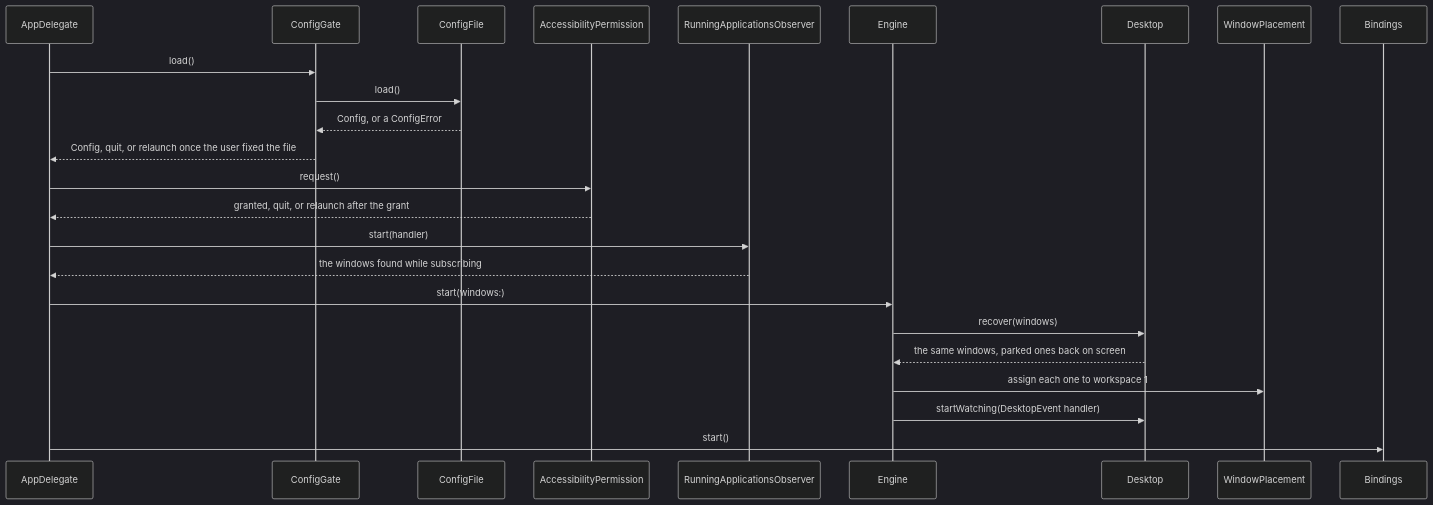
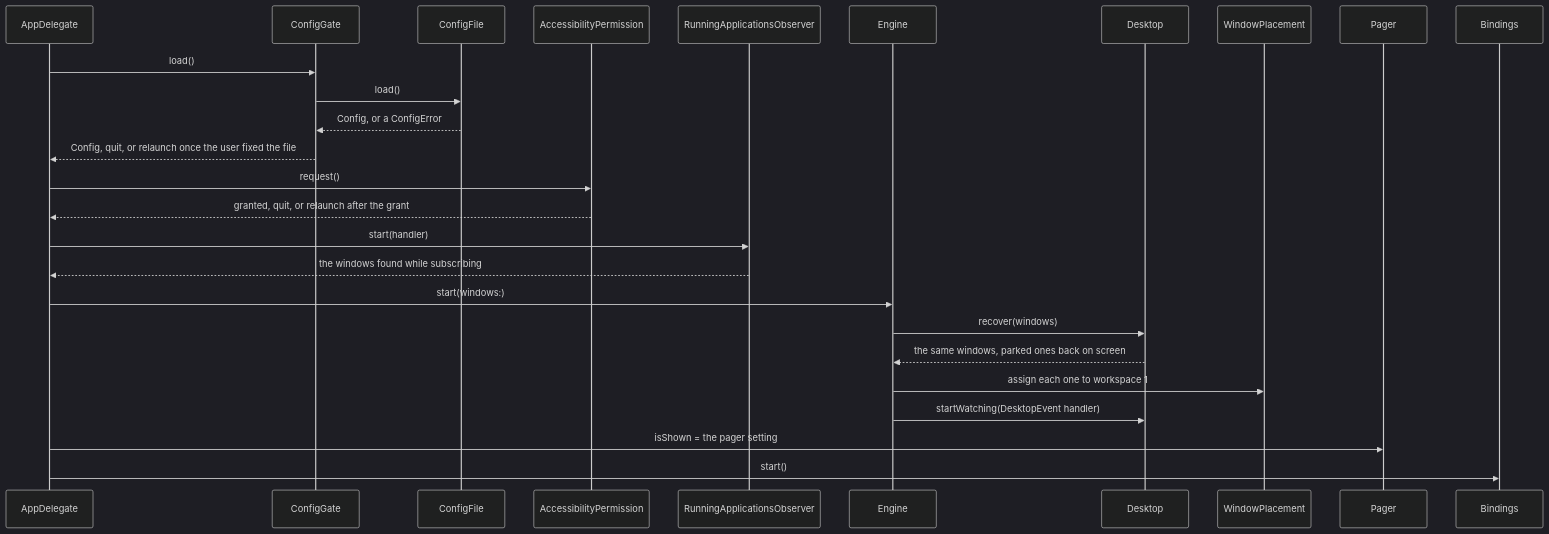
One commit to brennovich/ottowm changed the seventh of 20 diagrams in ARCHITECTURE.md. Above: the diagram before and after it, drawn with Mermaid (dark theme). The commit also changed other lines of this file and 15 other files, not shown here.

````diff
--- a/ARCHITECTURE.md
+++ b/ARCHITECTURE.md
@@ -220,17 +224,18 @@
 ```mermaid
 sequenceDiagram
     AppDelegate->>ConfigGate: load()
     ConfigGate->>ConfigFile: load()
     ConfigFile-->>ConfigGate: Config, or a ConfigError
     ConfigGate-->>AppDelegate: Config, quit, or relaunch once the user fixed the file
     AppDelegate->>AccessibilityPermission: request()
     AccessibilityPermission-->>AppDelegate: granted, quit, or relaunch after the grant
     AppDelegate->>RunningApplicationsObserver: start(handler)
     RunningApplicationsObserver-->>AppDelegate: the windows found while subscribing
     AppDelegate->>Engine: start(windows:)
     Engine->>Desktop: recover(windows)
     Desktop-->>Engine: the same windows, parked ones back on screen
     Engine->>WindowPlacement: assign each one to workspace 1
     Engine->>Desktop: startWatching(DesktopEvent handler)
+    AppDelegate->>Pager: isShown = the pager setting
     AppDelegate->>Bindings: start()
 ```
````
